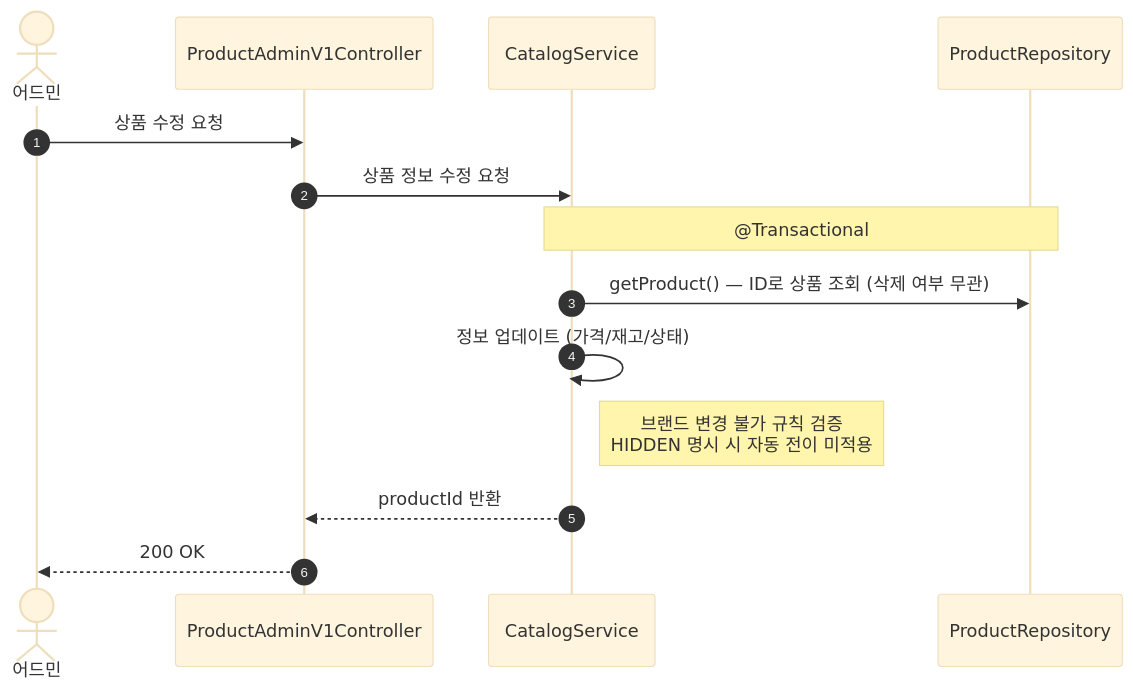
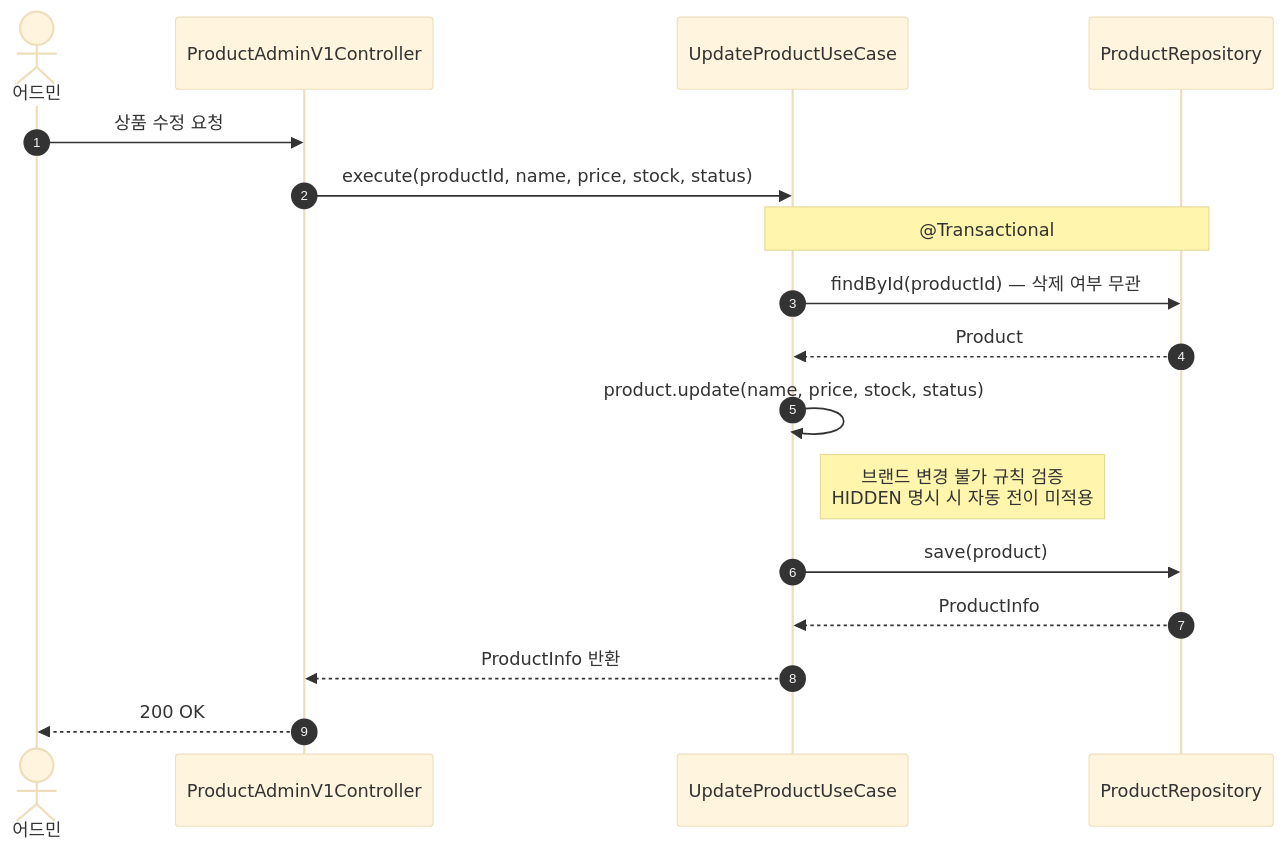
Diagram 13 of 26 in docs/design/02-sequence-diagrams.md (Loopers-dev-lab/loop-pack-be-l2-vol3-kotlin), drawn with Mermaid (base theme) before and after one commit. The commit also changed other lines of this file and 6 other files, not shown here.

First line of the commit message:
docs: 설계 문서 최신화 — Facade/Service → UseCase 패턴 반영

````diff
--- a/docs/design/02-sequence-diagrams.md
+++ b/docs/design/02-sequence-diagrams.md
@@ -341,16 +349,19 @@
 ```mermaid
 sequenceDiagram
     autonumber
     actor Admin as 어드민
     participant C as ProductAdminV1Controller
-    participant S as CatalogService
+    participant UC as UpdateProductUseCase
     participant R as ProductRepository
     Admin ->> C: 상품 수정 요청
-    C ->> S: 상품 정보 수정 요청
-    Note over S, R: @Transactional
-    S ->> R: getProduct() — ID로 상품 조회 (삭제 여부 무관)
-    S ->> S: 정보 업데이트 (가격/재고/상태)
-    Note right of S: 브랜드 변경 불가 규칙 검증<br/>HIDDEN 명시 시 자동 전이 미적용
-    S -->> C: productId 반환
+    C ->> UC: execute(productId, name, price, stock, status)
+    Note over UC, R: @Transactional
+    UC ->> R: findById(productId) — 삭제 여부 무관
+    R -->> UC: Product
+    UC ->> UC: product.update(name, price, stock, status)
+    Note right of UC: 브랜드 변경 불가 규칙 검증<br/>HIDDEN 명시 시 자동 전이 미적용
+    UC ->> R: save(product)
+    R -->> UC: ProductInfo
+    UC -->> C: ProductInfo 반환
     C -->> Admin: 200 OK
 ```
````
